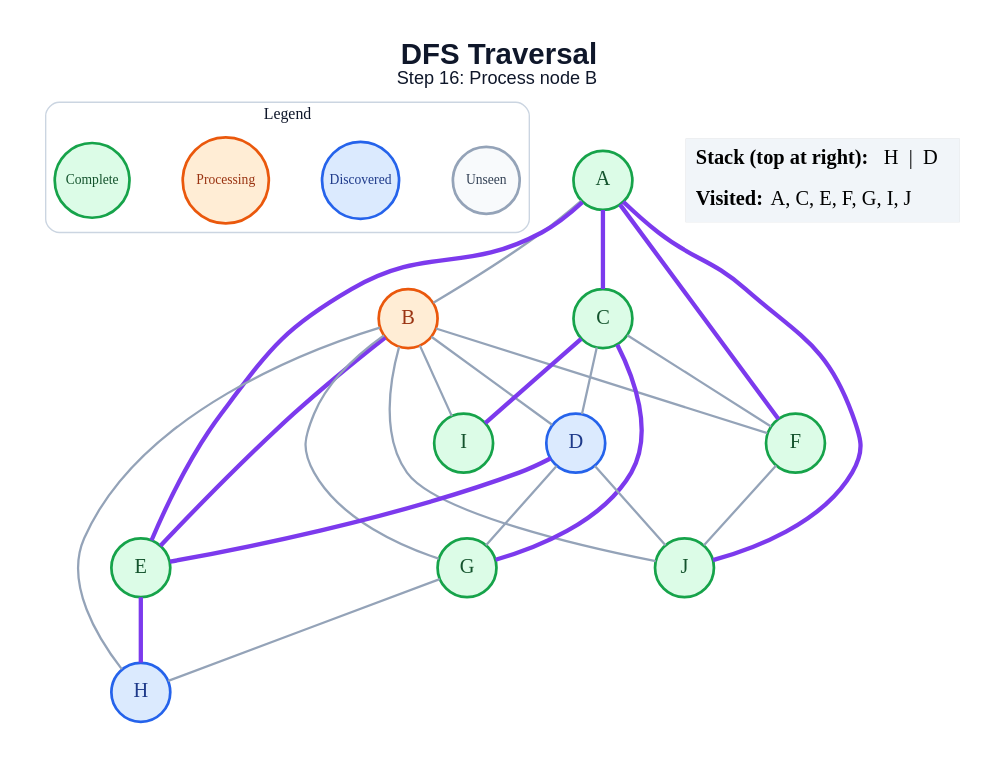
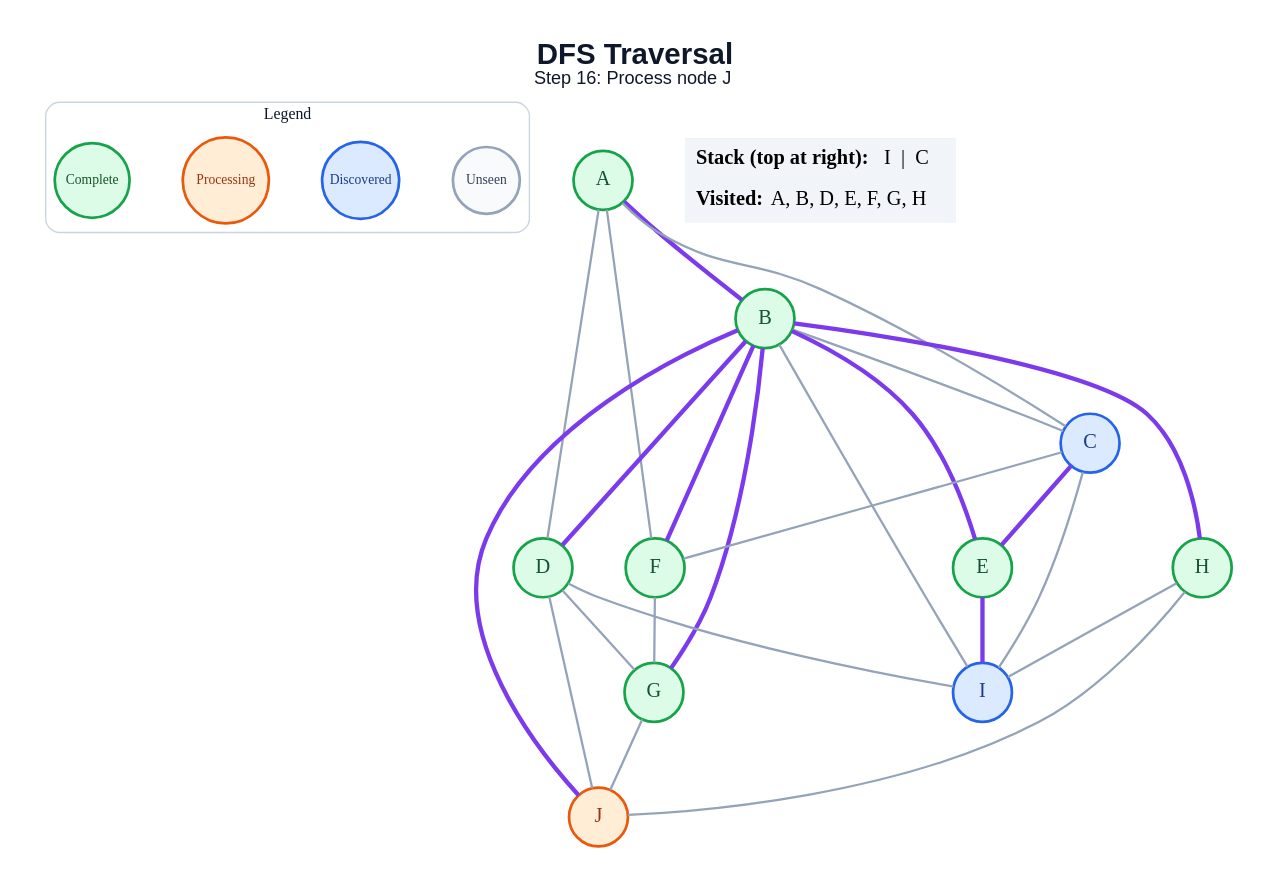
The diagram in generated/specific-node/dfs/step_16.dot (anon7238593-create/ai-slop), drawn with Graphviz before and after one commit. The commit also changed 178 other files, not shown here.

```diff
--- a/generated/specific-node/dfs/step_16.dot
+++ b/generated/specific-node/dfs/step_16.dot
@@ -1,51 +1,52 @@
 graph traversal {
   graph [layout=dot, rankdir=TB, bgcolor="#FFFFFF", pad="0.35", nodesep="0.65", ranksep="0.8", fontname="Arial"];
   node [shape=circle, style="filled", fontname="Arial Bold", fontsize=18, width=0.72, fixedsize=true, penwidth=2.4];
   edge [color="#94A3B8", penwidth=2.0];
-  label=<<B>DFS Traversal</B><BR/><FONT POINT-SIZE="16">Step 16: Process node B</FONT>>; labelloc="t"; fontsize=26; fontname="Arial"; fontcolor="#0F172A";
+  label=<<B>DFS Traversal</B><BR/><FONT POINT-SIZE="16">Step 16: Process node J</FONT>>; labelloc="t"; fontsize=26; fontname="Arial"; fontcolor="#0F172A";
   subgraph cluster_legend { label="Legend"; color="#CBD5E1"; penwidth=1.2; style="rounded"; fontsize=14; fontname="Arial Bold";
     key_unseen [label="Unseen", fillcolor="#F8FAFC", color="#94A3B8", fontcolor="#334155", fontsize=12, width=0.82];
     key_frontier [label="Discovered", fillcolor="#DBEAFE", color="#2563EB", fontcolor="#1E3A8A", fontsize=12, width=0.95];
     key_current [label="Processing", fillcolor="#FFEDD5", color="#EA580C", fontcolor="#9A3412", fontsize=12, width=1.05];
     key_done [label="Complete", fillcolor="#DCFCE7", color="#16A34A", fontcolor="#14532D", fontsize=12, width=0.92];
     { rank=same; key_unseen; key_frontier; key_current; key_done; }
   }
   A [fillcolor="#DCFCE7", color="#16A34A", fontcolor="#14532D"];
-  B [fillcolor="#FFEDD5", color="#EA580C", fontcolor="#9A3412"];
-  C [fillcolor="#DCFCE7", color="#16A34A", fontcolor="#14532D"];
-  D [fillcolor="#DBEAFE", color="#2563EB", fontcolor="#1E3A8A"];
+  B [fillcolor="#DCFCE7", color="#16A34A", fontcolor="#14532D"];
+  C [fillcolor="#DBEAFE", color="#2563EB", fontcolor="#1E3A8A"];
+  D [fillcolor="#DCFCE7", color="#16A34A", fontcolor="#14532D"];
   E [fillcolor="#DCFCE7", color="#16A34A", fontcolor="#14532D"];
   F [fillcolor="#DCFCE7", color="#16A34A", fontcolor="#14532D"];
   G [fillcolor="#DCFCE7", color="#16A34A", fontcolor="#14532D"];
-  H [fillcolor="#DBEAFE", color="#2563EB", fontcolor="#1E3A8A"];
-  I [fillcolor="#DCFCE7", color="#16A34A", fontcolor="#14532D"];
-  J [fillcolor="#DCFCE7", color="#16A34A", fontcolor="#14532D"];
-  A -- B;
-  A -- C [color="#7C3AED", penwidth=3.8];
-  A -- E [color="#7C3AED", penwidth=3.8];
-  A -- F [color="#7C3AED", penwidth=3.8];
-  A -- J [color="#7C3AED", penwidth=3.8];
-  B -- D;
+  H [fillcolor="#DCFCE7", color="#16A34A", fontcolor="#14532D"];
+  I [fillcolor="#DBEAFE", color="#2563EB", fontcolor="#1E3A8A"];
+  J [fillcolor="#FFEDD5", color="#EA580C", fontcolor="#9A3412"];
+  A -- B [color="#7C3AED", penwidth=3.8];
+  A -- C;
+  A -- D;
+  A -- F;
+  B -- C;
+  B -- D [color="#7C3AED", penwidth=3.8];
   B -- E [color="#7C3AED", penwidth=3.8];
-  B -- F;
-  B -- G;
-  B -- H;
+  B -- F [color="#7C3AED", penwidth=3.8];
+  B -- G [color="#7C3AED", penwidth=3.8];
+  B -- H [color="#7C3AED", penwidth=3.8];
   B -- I;
-  B -- J;
-  C -- D;
+  B -- J [color="#7C3AED", penwidth=3.8];
+  C -- E [color="#7C3AED", penwidth=3.8];
   C -- F;
-  C -- G [color="#7C3AED", penwidth=3.8];
-  C -- I [color="#7C3AED", penwidth=3.8];
-  D -- E [color="#7C3AED", penwidth=3.8];
+  C -- I;
   D -- G;
+  D -- I;
   D -- J;
-  E -- H [color="#7C3AED", penwidth=3.8];
-  F -- J;
-  G -- H;
+  E -- I [color="#7C3AED", penwidth=3.8];
+  F -- G;
+  G -- J;
+  H -- I;
+  H -- J;
   status [shape=plain, fixedsize=false, width=0, height=0, margin=0, label=<
     <TABLE BORDER="0" CELLBORDER="0" CELLPADDING="7" BGCOLOR="#F1F5F9">
-      <TR><TD ALIGN="LEFT"><B>Stack (top at right):</B> H  |  D</TD></TR>
-      <TR><TD ALIGN="LEFT"><B>Visited:</B> A, C, E, F, G, I, J</TD></TR>
+      <TR><TD ALIGN="LEFT"><B>Stack (top at right):</B> I  |  C</TD></TR>
+      <TR><TD ALIGN="LEFT"><B>Visited:</B> A, B, D, E, F, G, H</TD></TR>
     </TABLE>
   >];
 }
```
